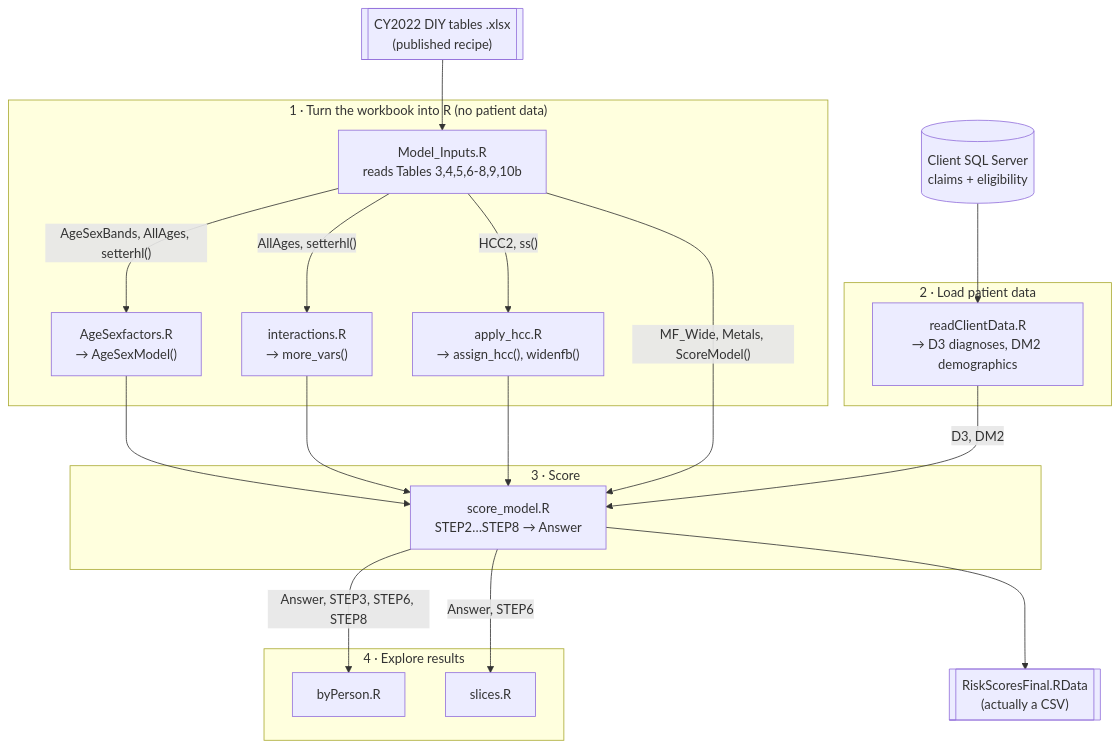
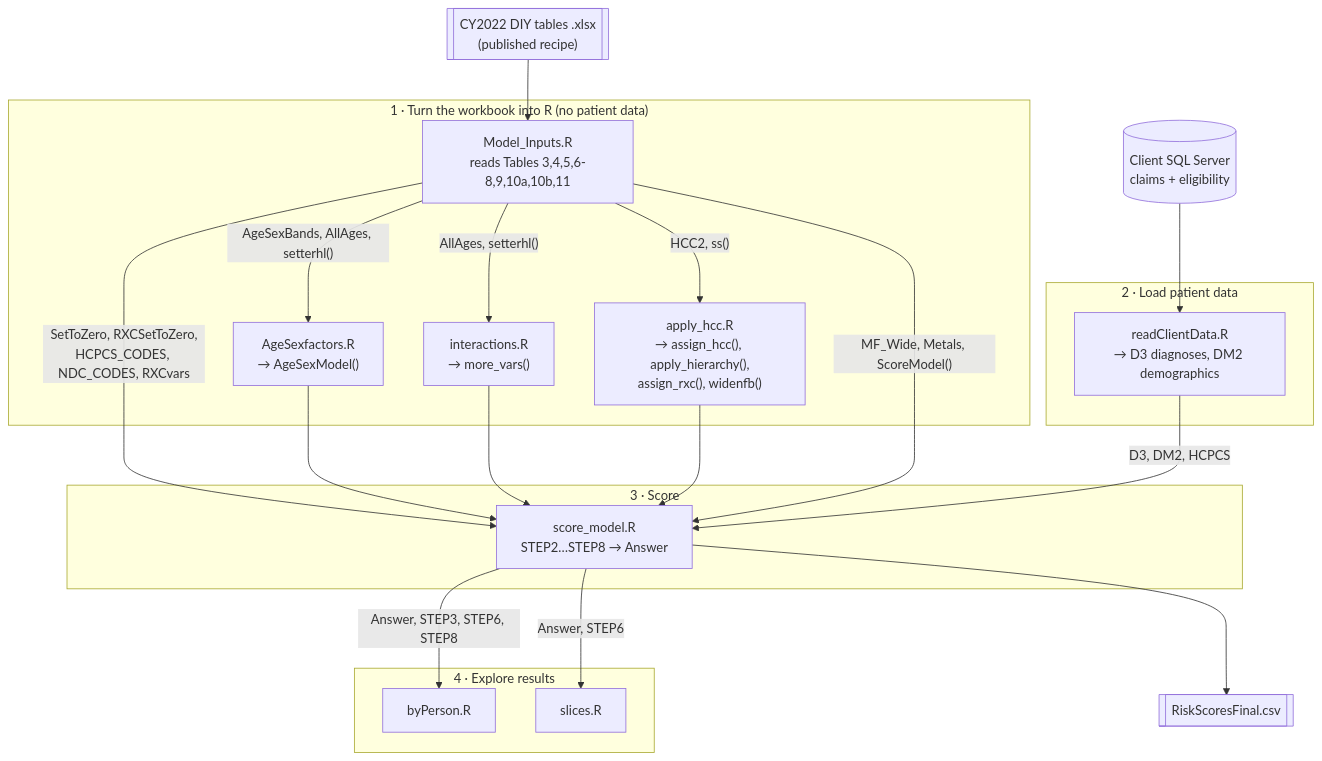
One commit to MichaelTuchman/HCCR changed the first of 2 diagrams in README.md. Above: the diagram before and after it, drawn with Mermaid. The commit also changed other lines of this file and 6 other files, not shown here.

````diff
--- a/README.md
+++ b/README.md
@@ -78,41 +78,42 @@
 ```mermaid
 flowchart TD
   XLSX[["CY2022 DIY tables .xlsx<br/>(published recipe)"]]
   SQL[("Client SQL Server<br/>claims + eligibility")]
 
   subgraph build["1 · Turn the workbook into R (no patient data)"]
-    MI["Model_Inputs.R<br/>reads Tables 3,4,5,6-8,9,10b"]
+    MI["Model_Inputs.R<br/>reads Tables 3,4,5,6-8,9,10a,10b,11"]
     ASF["AgeSexfactors.R<br/>→ AgeSexModel()"]
     INT["interactions.R<br/>→ more_vars()"]
-    AH["apply_hcc.R<br/>→ assign_hcc(), widenfb()"]
+    AH["apply_hcc.R<br/>→ assign_hcc(), apply_hierarchy(),<br/>assign_rxc(), widenfb()"]
   end
 
   subgraph data["2 · Load patient data"]
     RCD["readClientData.R<br/>→ D3 diagnoses, DM2 demographics"]
   end
 
   subgraph score["3 · Score"]
     SM["score_model.R<br/>STEP2…STEP8 → Answer"]
   end
 
   subgraph report["4 · Explore results"]
     BP["byPerson.R"]
     SL["slices.R"]
   end
 
-  OUT[["RiskScoresFinal.RData<br/>(actually a CSV)"]]
+  OUT[["RiskScoresFinal.csv"]]
 
   XLSX --> MI
   MI -- "AgeSexBands, AllAges, setterhl()" --> ASF
   MI -- "AllAges, setterhl()" --> INT
   MI -- "HCC2, ss()" --> AH
+  MI -- "SetToZero, RXCSetToZero,<br/>HCPCS_CODES, NDC_CODES, RXCvars" --> SM
   SQL --> RCD
   ASF --> SM
   INT --> SM
   AH --> SM
   MI -- "MF_Wide, Metals, ScoreModel()" --> SM
-  RCD -- "D3, DM2" --> SM
+  RCD -- "D3, DM2, HCPCS" --> SM
   SM --> OUT
   SM -- "Answer, STEP3, STEP6, STEP8" --> BP
   SM -- "Answer, STEP6" --> SL
 ```
````
